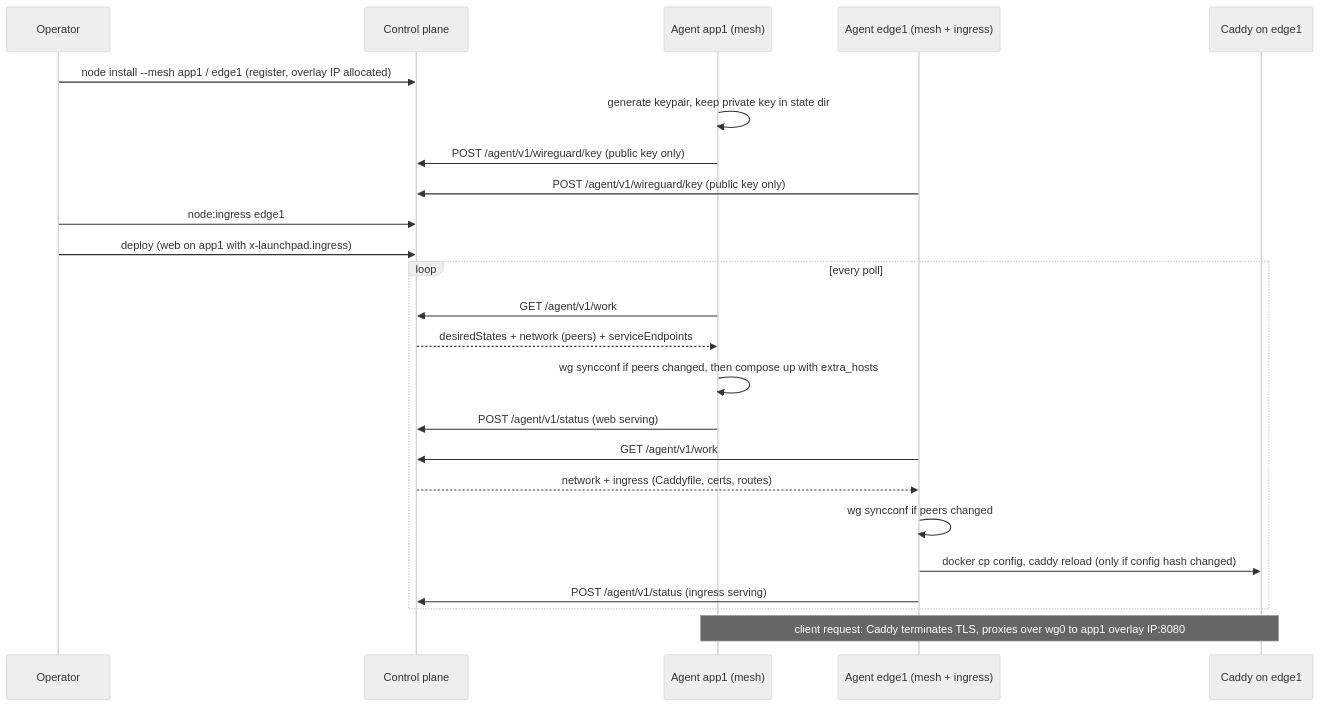
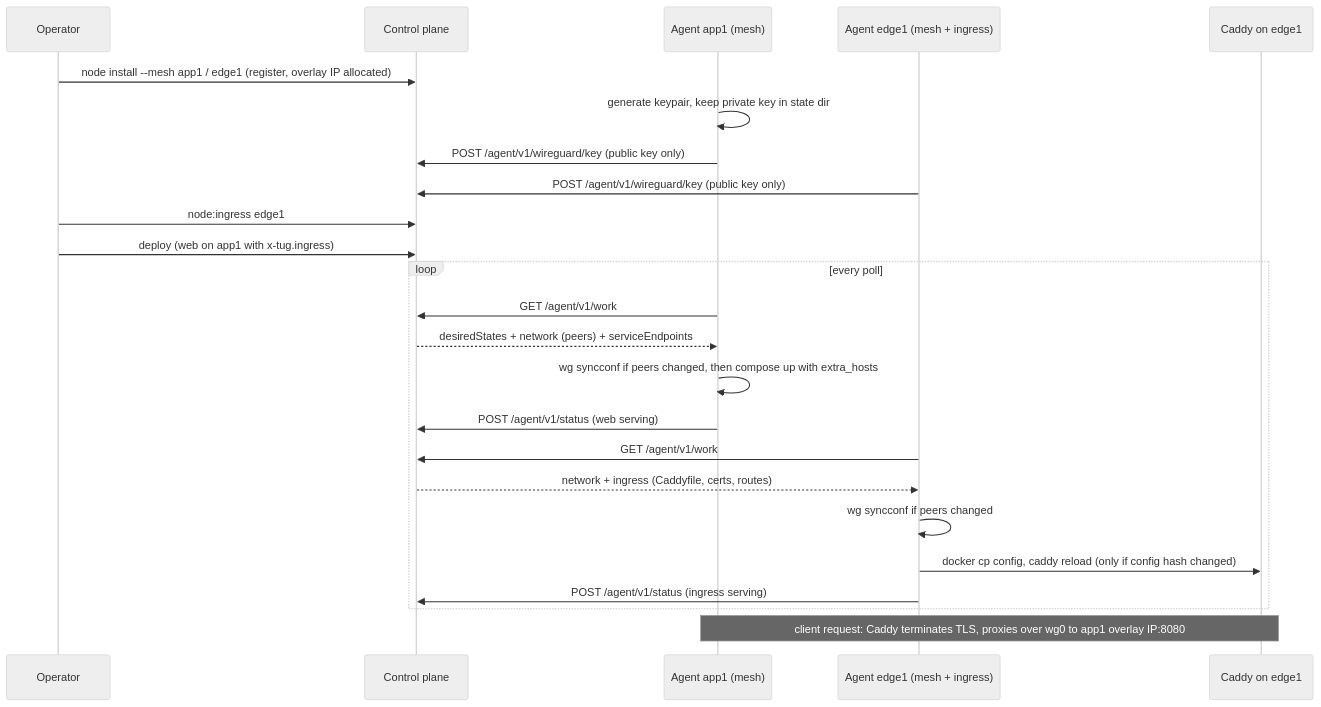
Before and after one commit to wpelevator/tug: the diagram in docs/networking.md, drawn with Mermaid (neutral theme). The commit also changed other lines of this file and 56 other files, not shown here.

First line of the commit message:
Rename Launchpad to Tug

````diff
--- a/docs/networking.md
+++ b/docs/networking.md
@@ -90,27 +90,27 @@
 ```mermaid
 sequenceDiagram
     participant Op as Operator
     participant Ctrl as Control plane
     participant A as Agent app1 (mesh)
     participant E as Agent edge1 (mesh + ingress)
     participant Caddy as Caddy on edge1
 
     Op->>Ctrl: node install --mesh app1 / edge1 (register, overlay IP allocated)
     A->>A: generate keypair, keep private key in state dir
     A->>Ctrl: POST /agent/v1/wireguard/key (public key only)
     E->>Ctrl: POST /agent/v1/wireguard/key (public key only)
     Op->>Ctrl: node:ingress edge1
-    Op->>Ctrl: deploy (web on app1 with x-launchpad.ingress)
+    Op->>Ctrl: deploy (web on app1 with x-tug.ingress)
     loop every poll
         A->>Ctrl: GET /agent/v1/work
         Ctrl-->>A: desiredStates + network (peers) + serviceEndpoints
         A->>A: wg syncconf if peers changed, then compose up with extra_hosts
         A->>Ctrl: POST /agent/v1/status (web serving)
         E->>Ctrl: GET /agent/v1/work
         Ctrl-->>E: network + ingress (Caddyfile, certs, routes)
         E->>E: wg syncconf if peers changed
         E->>Caddy: docker cp config, caddy reload (only if config hash changed)
         E->>Ctrl: POST /agent/v1/status (ingress serving)
     end
     Note over Caddy,A: client request: Caddy terminates TLS, proxies over wg0 to app1 overlay IP:8080
 ```
````
